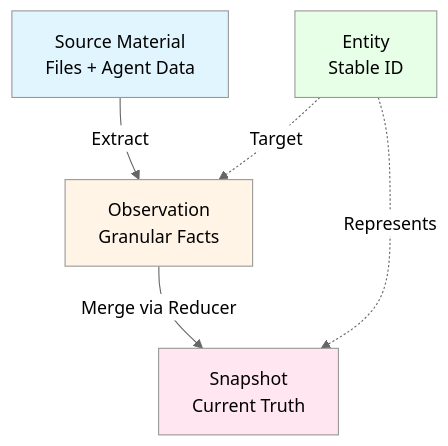
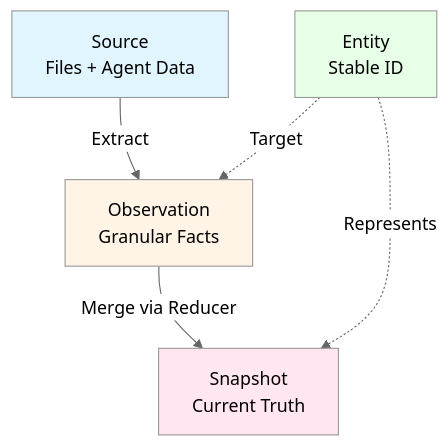
Before and after one commit to markmhendrickson/neotoma: the first of 2 diagrams in docs/architecture/architectural_decisions.md, drawn with Mermaid. The commit also changed other lines of this file and 6696 other files, not shown here.

````diff
--- a/docs/architecture/architectural_decisions.md
+++ b/docs/architecture/architectural_decisions.md
@@ -57,16 +57,16 @@
 ```mermaid
 %%{init: {'theme':'neutral'}}%%
 flowchart TD
-    SourceMaterial[Source Material<br/>Files + Agent Data]
+    SourceNode[Source<br/>Files + Agent Data]
     Observation[Observation<br/>Granular Facts]
     Entity[Entity<br/>Stable ID]
     Snapshot[Snapshot<br/>Current Truth]
-    SourceMaterial -->|Extract| Observation
+    SourceNode -->|Extract| Observation
     Observation -->|Merge via Reducer| Snapshot
     Entity -.->|Target| Observation
     Entity -.->|Represents| Snapshot
-    style SourceMaterial fill:#e1f5ff
+    style SourceNode fill:#e1f5ff
     style Observation fill:#fff4e6
     style Entity fill:#e6ffe6
     style Snapshot fill:#ffe6f0
 ```
````
